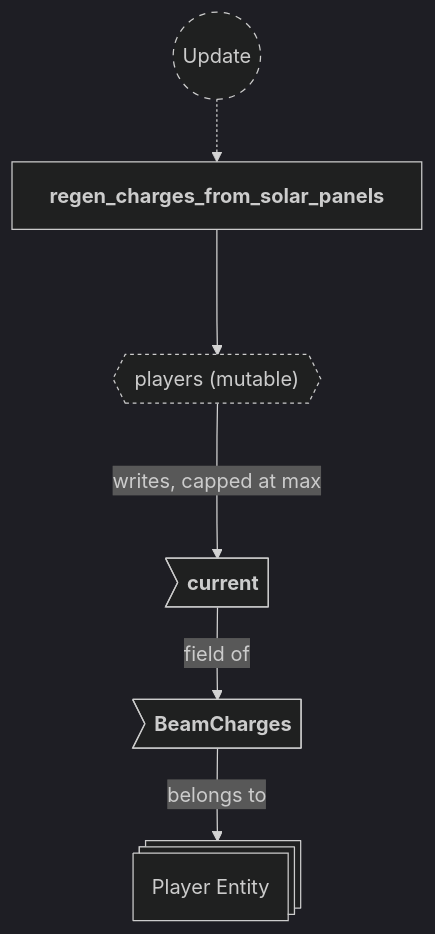
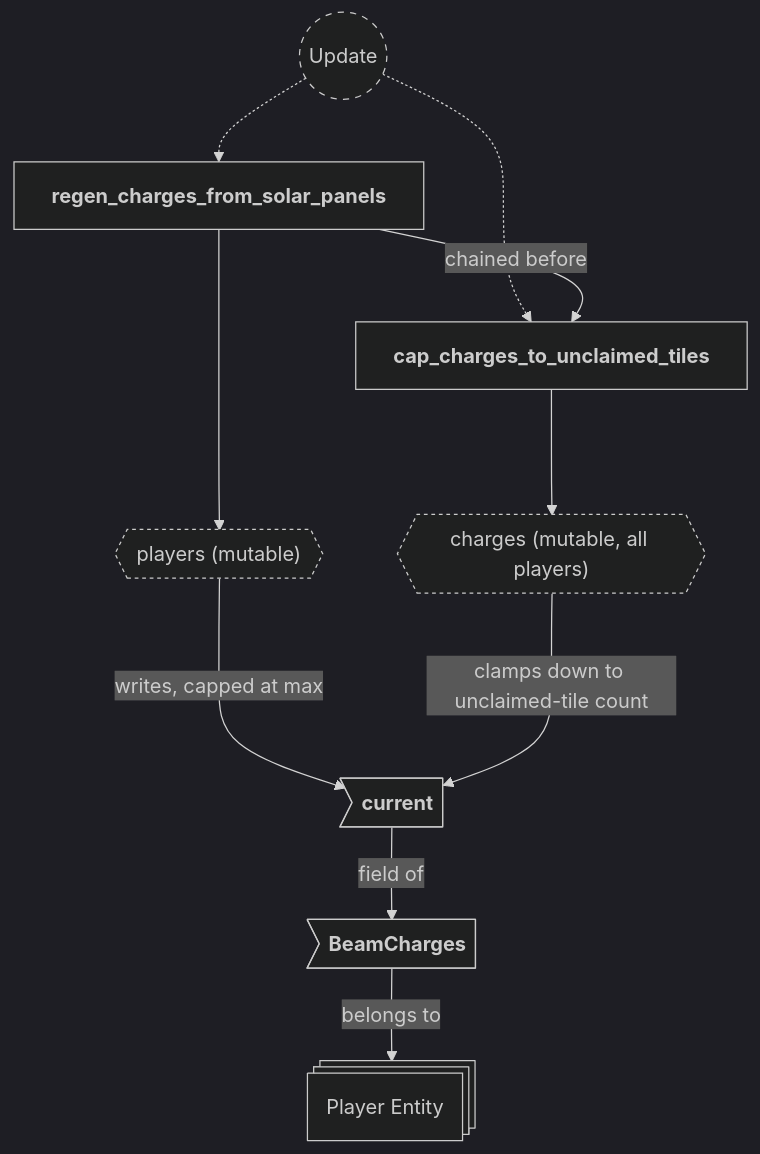
One commit to neurosoup/tyled changed the fifth of 6 diagrams in backlog/docs/doc-23 - 021-Charge-plugin.md. Above: the diagram before and after it, drawn with Mermaid. The commit also changed other lines of this file and 5 other files, not shown here.

````diff
--- a/backlog/docs/doc-23 - 021-Charge-plugin.md
+++ b/backlog/docs/doc-23 - 021-Charge-plugin.md
@@ -181,25 +198,31 @@
 ```mermaid
 ---
 config:
   theme: dark
 ---
 
 flowchart TD
 classDef system-group stroke-dasharray: 5 5
 classDef query stroke-dasharray: 3 3
 
 update(("`Update`")):::system-group
 regen["`**regen_charges_from_solar_panels**`"]
+cap["`**cap_charges_to_unclaimed_tiles**`"]
 
 update -.-> regen
+update -.-> cap
+regen --> |chained before| cap
 
 players_query{{"`players (mutable)`"}}:::query
+charges_query{{"`charges (mutable, all players)`"}}:::query
 regen ---> players_query
+cap ---> charges_query
 
 player_entity@{ shape: st-rect, label: "Player Entity" }
 
 beam_charges>"`**BeamCharges**`"] --> |belongs to| player_entity
 bc_current>"`**current**`"] --> |field of| beam_charges
 
 players_query ---> |writes, capped at max| bc_current
+charges_query ---> |clamps down to unclaimed-tile count| bc_current
 ```
````
